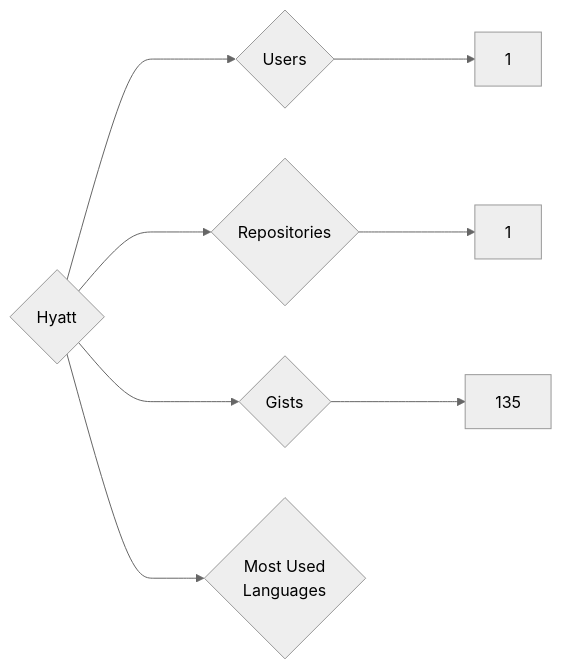
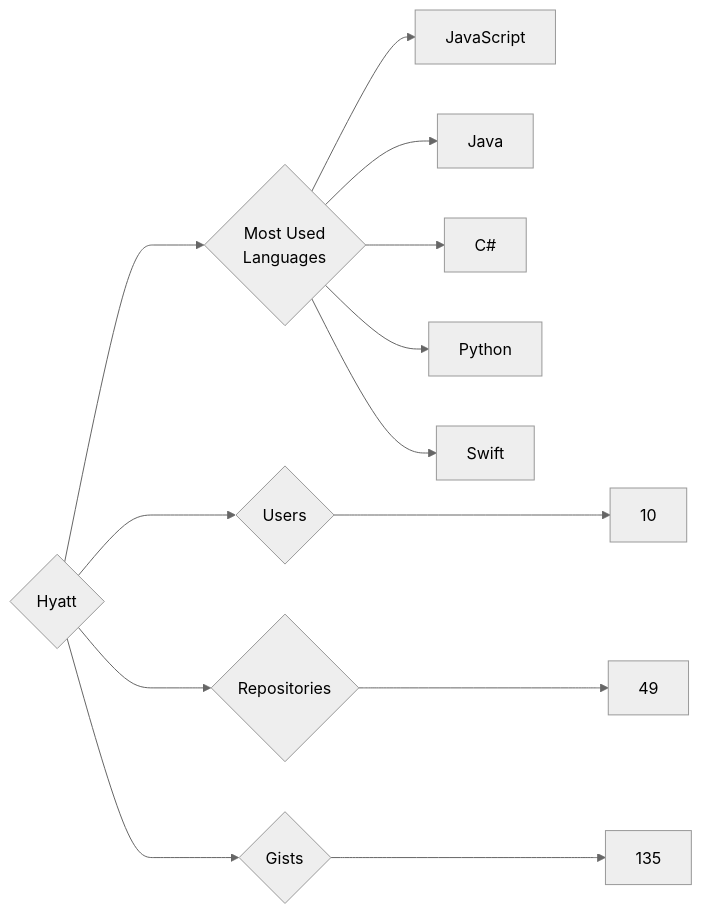
One commit to trickest/insiders changed the diagram in targets/Hyatt/README.md. Above: the diagram before and after it, drawn with Mermaid (neutral theme). The commit also changed 714 other files, not shown here.

````diff
--- a/targets/Hyatt/README.md
+++ b/targets/Hyatt/README.md
@@ -3,8 +3,13 @@
 ```mermaid
 graph LR
 COMPANY_NAME{Hyatt}
-COMPANY_NAME ---> U{Users} ---> UN[1]
-COMPANY_NAME ---> R{Repositories} ---> RN[1]
+COMPANY_NAME ---> U{Users} ---> UN[10]
+COMPANY_NAME ---> R{Repositories} ---> RN[49]
 COMPANY_NAME ---> G{Gists} ---> GN[135]
 COMPANY_NAME ---> ML{Most Used<br>Languages}
+ML --> JavaScript[JavaScript]
+ML --> Java[Java]
+ML --> C#[C#]
+ML --> Python[Python]
+ML --> Swift[Swift]
 ```
````
